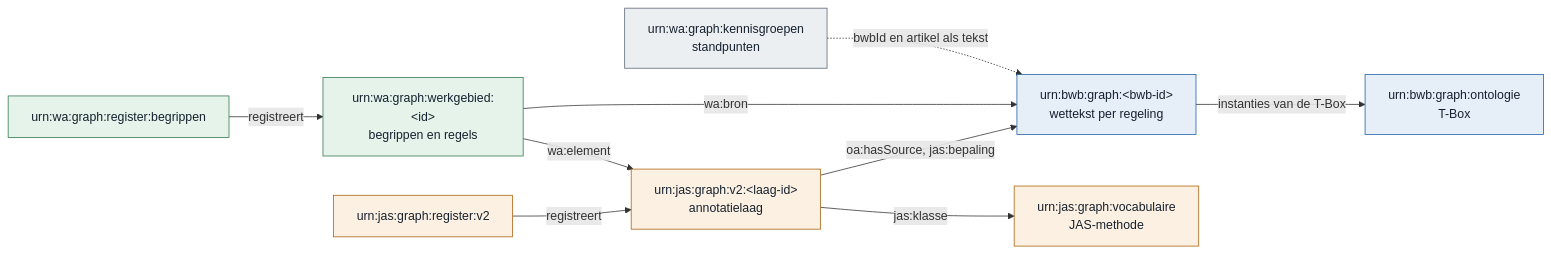
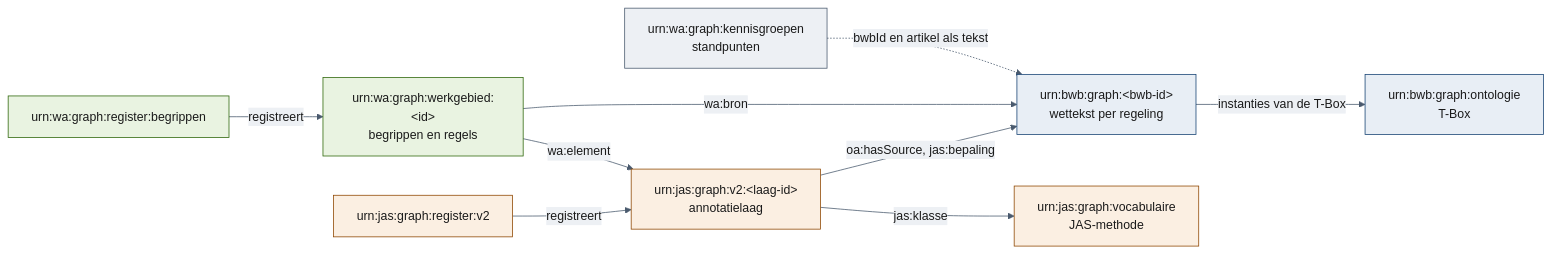
The first of 6 diagrams in docs/ontologie/README.md (palmw01/wetsanalyse-ai), drawn with Mermaid before and after one commit. The commit also changed other lines of this file and 2 other files, not shown here.

Commit message:
Ontologie: pagina in de huisstijl van Lex (beeldmerk, lintblauw), diagrammen schalen op mobiel

````diff
--- a/docs/ontologie/README.md
+++ b/docs/ontologie/README.md
@@ -20,23 +20,24 @@
 ```mermaid
+%%{init: {"theme": "base", "themeVariables": {"primaryColor": "#F5F6F8", "primaryBorderColor": "#154273", "primaryTextColor": "#1A1A1A", "lineColor": "#4A5A6E", "secondaryColor": "#EDF0F4", "tertiaryColor": "#FFFFFF"}}}%%
 flowchart LR
   ont["urn:bwb:graph:ontologie<br/>T-Box"]:::bwb
   wet["urn:bwb:graph:#lt;bwb-id#gt;<br/>wettekst per regeling"]:::bwb
   voc["urn:jas:graph:vocabulaire<br/>JAS-methode"]:::jas
   laag["urn:jas:graph:v2:#lt;laag-id#gt;<br/>annotatielaag"]:::jas
   jreg["urn:jas:graph:register:v2"]:::jas
   wg["urn:wa:graph:werkgebied:#lt;id#gt;<br/>begrippen en regels"]:::wa
   breg["urn:wa:graph:register:begrippen"]:::wa
   kg["urn:wa:graph:kennisgroepen<br/>standpunten"]:::kg
   wet -->|instanties van de T-Box| ont
   laag -->|oa:hasSource, jas:bepaling| wet
   laag -->|jas:klasse| voc
   jreg -->|registreert| laag
   wg -->|wa:element| laag
   wg -->|wa:bron| wet
   breg -->|registreert| wg
   kg -.->|bwbId en artikel als tekst| wet
-  classDef bwb fill:#e6eef8,stroke:#1f5fa8,color:#15212e
-  classDef jas fill:#fbf0e1,stroke:#a8620c,color:#15212e
-  classDef wa fill:#e5f3ea,stroke:#2f7a4b,color:#15212e
-  classDef kg fill:#eceff2,stroke:#5b6673,color:#15212e
+  classDef bwb fill:#E8EEF5,stroke:#154273,color:#1A1A1A
+  classDef jas fill:#FBEFE2,stroke:#8E4600,color:#1A1A1A
+  classDef wa fill:#E9F3E1,stroke:#2C6608,color:#1A1A1A
+  classDef kg fill:#EDF0F4,stroke:#4A5A6E,color:#1A1A1A
 ```
````
